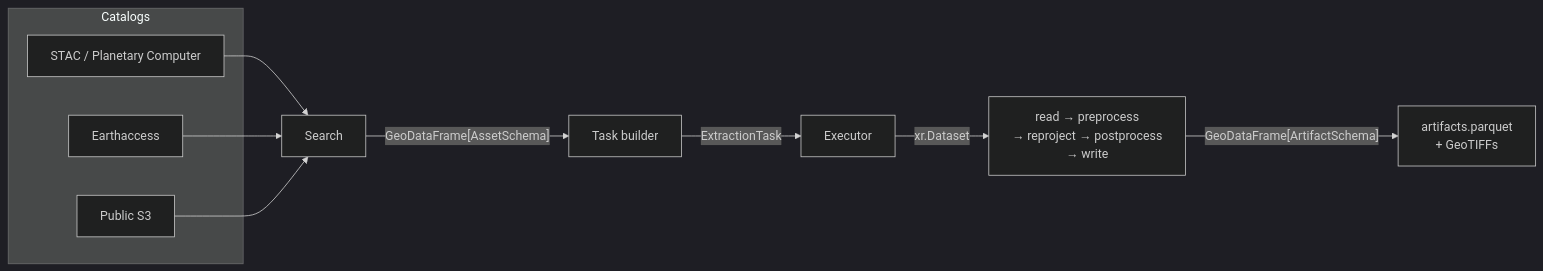
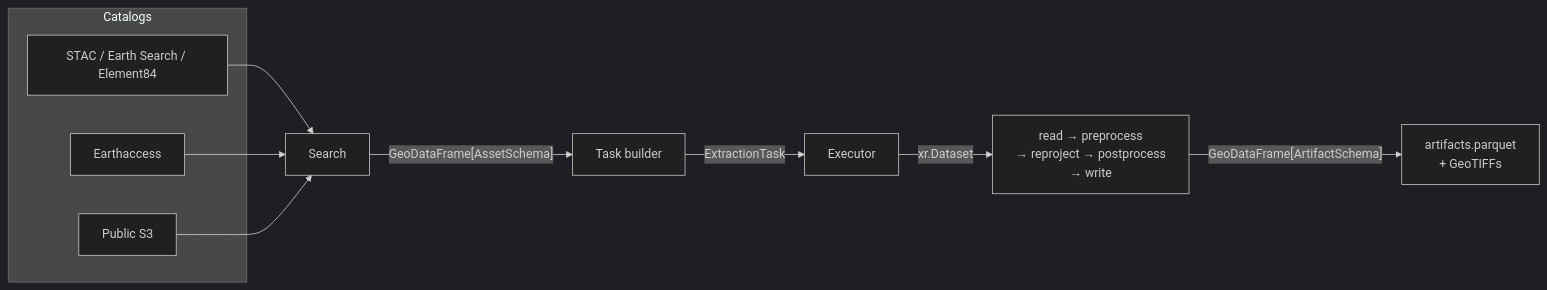
Before and after one commit to frandorr/aereo: the second of 3 diagrams in docs/getting-started/concepts.md, drawn with Mermaid (dark theme). The commit also changed 5 other files, not shown here.

First line of the commit message:
docs: remove Planetary Computer references and fix CLI examples

````diff
--- a/docs/getting-started/concepts.md
+++ b/docs/getting-started/concepts.md
@@ -24,17 +24,17 @@
 ```mermaid
 flowchart LR
     subgraph Catalogs["Catalogs"]
-        STAC[STAC / Planetary Computer]
+        STAC[STAC / Earth Search / Element84]
         EARTH[Earthaccess]
         S3[Public S3]
     end
 
     STAC --> Search
     EARTH --> Search
     S3 --> Search
 
     Search --"GeoDataFrame[AssetSchema]"--> Builder["Task builder"]
     Builder --"ExtractionTask"--> Executor["Executor"]
     Executor --"xr.Dataset"--> Pipeline["read → preprocess\n→ reproject → postprocess\n→ write"]
     Pipeline --"GeoDataFrame[ArtifactSchema]"--> CatalogOut["artifacts.parquet\n+ GeoTIFFs"]
 ```
````
